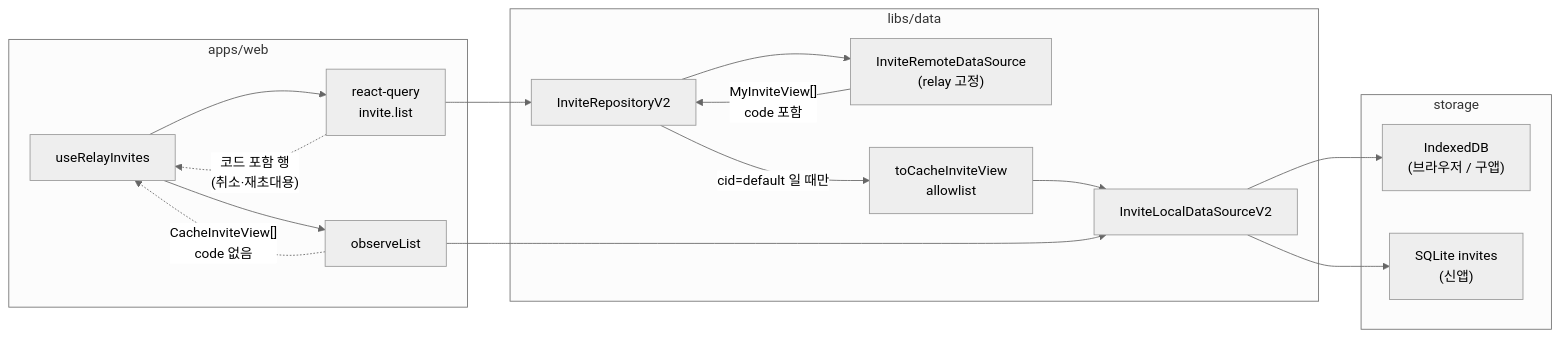
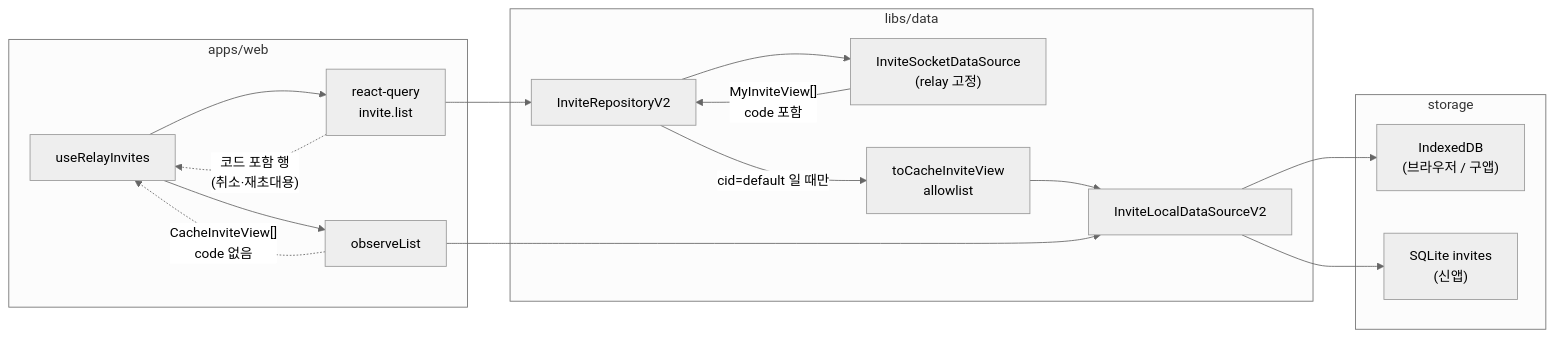
The first of 4 diagrams in libs/app-runtime/docs/data/invite-local-cache.md (lemoncloud-io/dou-app), drawn with Mermaid (neutral theme) before and after one commit. The commit also changed other lines of this file and 972 other files, not shown here.

````diff
--- a/libs/app-runtime/docs/data/invite-local-cache.md
+++ b/libs/app-runtime/docs/data/invite-local-cache.md
@@ -152,27 +167,27 @@
 ```mermaid
 flowchart LR
   subgraph W["apps/web"]
     H["useRelayInvites"]
     RQ["react-query<br/>invite.list"]
     OBS["observeList"]
   end
   subgraph D["libs/data"]
     REPO["InviteRepositoryV2"]
     LDS["InviteLocalDataSourceV2"]
-    RDS["InviteRemoteDataSource<br/>(relay 고정)"]
+    RDS["InviteSocketDataSource<br/>(relay 고정)"]
     MAP["toCacheInviteView<br/>allowlist"]
   end
   subgraph S["storage"]
     IDB["IndexedDB<br/>(브라우저 / 구앱)"]
     SQL["SQLite invites<br/>(신앱)"]
   end
 
   H --> RQ --> REPO --> RDS
   RDS -- "MyInviteView[]<br/>code 포함" --> REPO
   REPO -- "cid=default 일 때만" --> MAP --> LDS
   LDS --> IDB
   LDS --> SQL
   H --> OBS --> LDS
   OBS -. "CacheInviteView[]<br/>code 없음" .-> H
   RQ -. "코드 포함 행<br/>(취소·재초대용)" .-> H
 ```
````
